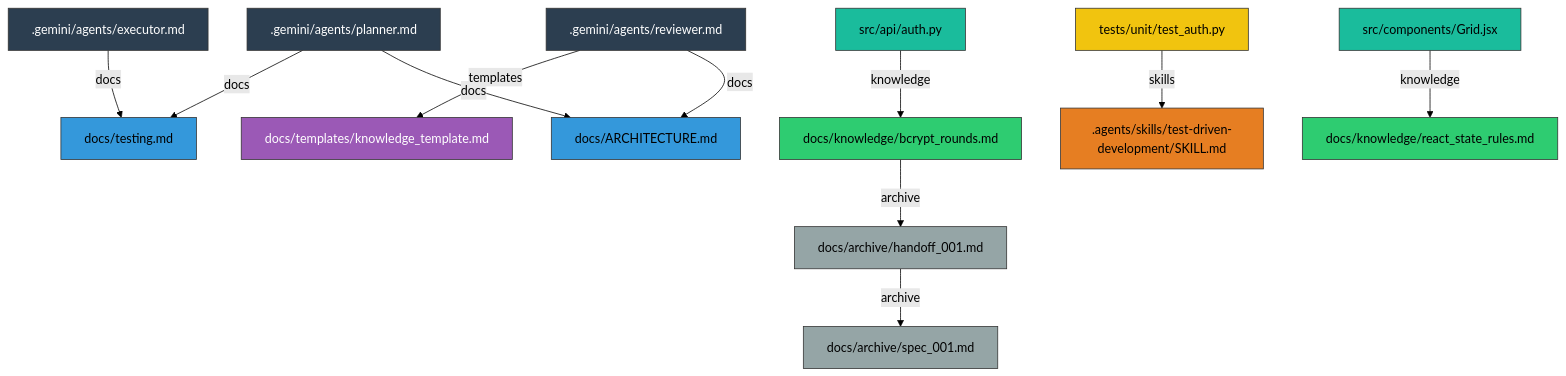
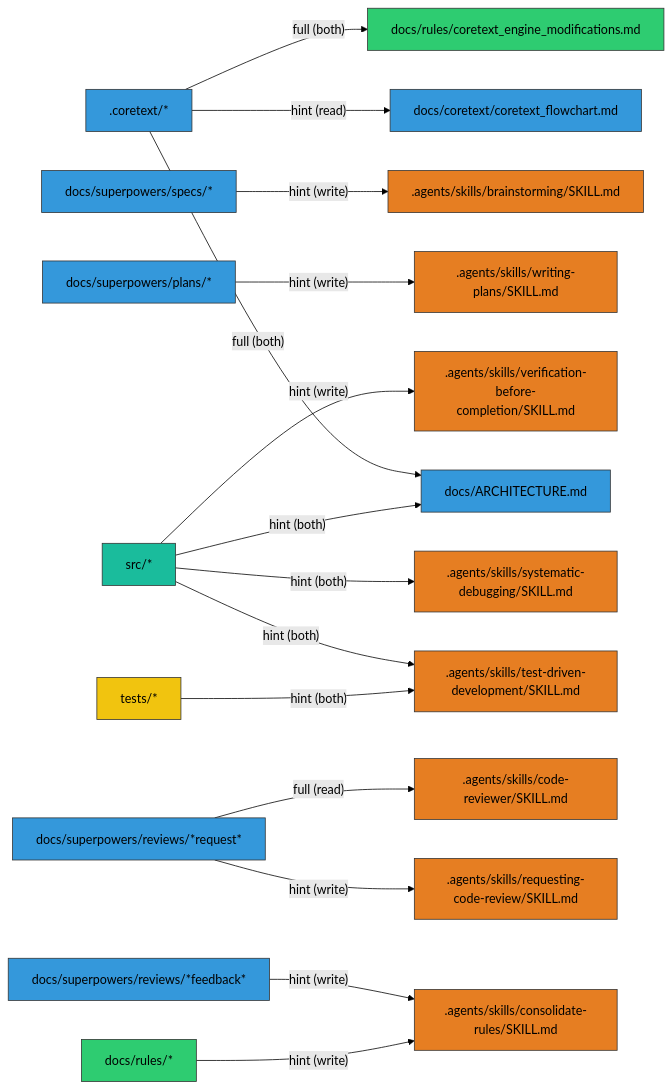
The diagram in docs/coretext/graph.md (coretexthq/coretext), drawn with Mermaid (forest theme) before and after one commit. The commit also changed other lines of this file and 55 other files, not shown here.

Commit message:
feat: implement Subagent-Driven Development (SDD) framework by adding agent skills, debugging tools, and architectural documentation.

````diff
--- a/docs/coretext/graph.md
+++ b/docs/coretext/graph.md
@@ -5,36 +5,45 @@
 ```mermaid
-graph TD
+graph LR
     classDef agents fill:#2c3e50,stroke:#333,stroke-width:1px,color:white;
     classDef skills fill:#e67e22,stroke:#333,stroke-width:1px,color:black;
     classDef docs fill:#3498db,stroke:#333,stroke-width:1px,color:black;
-    classDef knowledge fill:#2ecc71,stroke:#333,stroke-width:1px,color:black;
+    classDef rules fill:#2ecc71,stroke:#333,stroke-width:1px,color:black;
     classDef templates fill:#9b59b6,stroke:#333,stroke-width:1px,color:white;
     classDef archive fill:#95a5a6,stroke:#333,stroke-width:1px,color:black;
     classDef coretext fill:#e74c3c,stroke:#333,stroke-width:1px,color:white;
     classDef src fill:#1abc9c,stroke:#333,stroke-width:1px,color:black;
     classDef tests fill:#f1c40f,stroke:#333,stroke-width:1px,color:black;
-    _gemini_agents_planner_md[".gemini/agents/planner.md"] -->|docs| docs_ARCHITECTURE_md["docs/ARCHITECTURE.md"]
-    _gemini_agents_planner_md[".gemini/agents/planner.md"] -->|docs| docs_testing_md["docs/testing.md"]
-    _gemini_agents_executor_md[".gemini/agents/executor.md"] -->|docs| docs_testing_md["docs/testing.md"]
-    _gemini_agents_reviewer_md[".gemini/agents/reviewer.md"] -->|docs| docs_ARCHITECTURE_md["docs/ARCHITECTURE.md"]
-    src_api_auth_py["src/api/auth.py"] -->|knowledge| docs_knowledge_bcrypt_rounds_md["docs/knowledge/bcrypt_rounds.md"]
-    _gemini_agents_reviewer_md[".gemini/agents/reviewer.md"] -->|templates| docs_templates_knowledge_template_md["docs/templates/knowledge_template.md"]
-    docs_knowledge_bcrypt_rounds_md["docs/knowledge/bcrypt_rounds.md"] -->|archive| docs_archive_handoff_001_md["docs/archive/handoff_001.md"]
-    docs_archive_handoff_001_md["docs/archive/handoff_001.md"] -->|archive| docs_archive_spec_001_md["docs/archive/spec_001.md"]
-    tests_unit_test_auth_py["tests/unit/test_auth.py"] -->|skills| _agents_skills_test_driven_development_SKILL_md[".agents/skills/test-driven-development/SKILL.md"]
-    src_components_Grid_jsx["src/components/Grid.jsx"] -->|knowledge| docs_knowledge_react_state_rules_md["docs/knowledge/react_state_rules.md"]
-    class tests_unit_test_auth_py tests
+    _coretext_*[".coretext/*"] -->|"full (both)"| docs_ARCHITECTURE_md["docs/ARCHITECTURE.md"]
+    _coretext_*[".coretext/*"] -->|"hint (read)"| docs_coretext_coretext_flowchart_md["docs/coretext/coretext_flowchart.md"]
+    _coretext_*[".coretext/*"] -->|"full (both)"| docs_rules_coretext_engine_modifications_md["docs/rules/coretext_engine_modifications.md"]
+    docs_superpowers_specs_*["docs/superpowers/specs/*"] -->|"hint (write)"| _agents_skills_brainstorming_SKILL_md[".agents/skills/brainstorming/SKILL.md"]
+    docs_superpowers_plans_*["docs/superpowers/plans/*"] -->|"hint (write)"| _agents_skills_writing_plans_SKILL_md[".agents/skills/writing-plans/SKILL.md"]
+    src_*["src/*"] -->|"hint (both)"| docs_ARCHITECTURE_md["docs/ARCHITECTURE.md"]
+    src_*["src/*"] -->|"hint (both)"| _agents_skills_test_driven_development_SKILL_md[".agents/skills/test-driven-development/SKILL.md"]
+    src_*["src/*"] -->|"hint (both)"| _agents_skills_systematic_debugging_SKILL_md[".agents/skills/systematic-debugging/SKILL.md"]
+    src_*["src/*"] -->|"hint (write)"| _agents_skills_verification_before_completion_SKILL_md[".agents/skills/verification-before-completion/SKILL.md"]
+    tests_*["tests/*"] -->|"hint (both)"| _agents_skills_test_driven_development_SKILL_md[".agents/skills/test-driven-development/SKILL.md"]
+    docs_superpowers_reviews_*request*["docs/superpowers/reviews/*request*"] -->|"hint (write)"| _agents_skills_requesting_code_review_SKILL_md[".agents/skills/requesting-code-review/SKILL.md"]
+    docs_superpowers_reviews_*request*["docs/superpowers/reviews/*request*"] -->|"full (read)"| _agents_skills_code_reviewer_SKILL_md[".agents/skills/code-reviewer/SKILL.md"]
+    docs_superpowers_reviews_*feedback*["docs/superpowers/reviews/*feedback*"] -->|"hint (write)"| _agents_skills_consolidate_rules_SKILL_md[".agents/skills/consolidate-rules/SKILL.md"]
+    docs_rules_*["docs/rules/*"] -->|"hint (write)"| _agents_skills_consolidate_rules_SKILL_md[".agents/skills/consolidate-rules/SKILL.md"]
+    class docs_superpowers_specs_* docs
     class _agents_skills_test_driven_development_SKILL_md skills
-    class docs_testing_md docs
+    class docs_rules_coretext_engine_modifications_md rules
+    class tests_* tests
+    class docs_superpowers_reviews_*request* docs
+    class _agents_skills_requesting_code_review_SKILL_md skills
+    class _agents_skills_code_reviewer_SKILL_md skills
+    class docs_coretext_coretext_flowchart_md docs
+    class docs_superpowers_plans_* docs
+    class _agents_skills_consolidate_rules_SKILL_md skills
+    class docs_superpowers_reviews_*feedback* docs
+    class _coretext_* docs
+    class _agents_skills_brainstorming_SKILL_md skills
+    class docs_rules_* rules
     class docs_ARCHITECTURE_md docs
-    class _gemini_agents_reviewer_md agents
-    class src_api_auth_py src
-    class docs_knowledge_bcrypt_rounds_md knowledge
-    class docs_templates_knowledge_template_md templates
-    class docs_archive_handoff_001_md archive
-    class docs_archive_spec_001_md archive
-    class docs_knowledge_react_state_rules_md knowledge
-    class _gemini_agents_planner_md agents
-    class src_components_Grid_jsx src
-    class _gemini_agents_executor_md agents
+    class src_* src
+    class _agents_skills_writing_plans_SKILL_md skills
+    class _agents_skills_verification_before_completion_SKILL_md skills
+    class _agents_skills_systematic_debugging_SKILL_md skills
 ```
````
